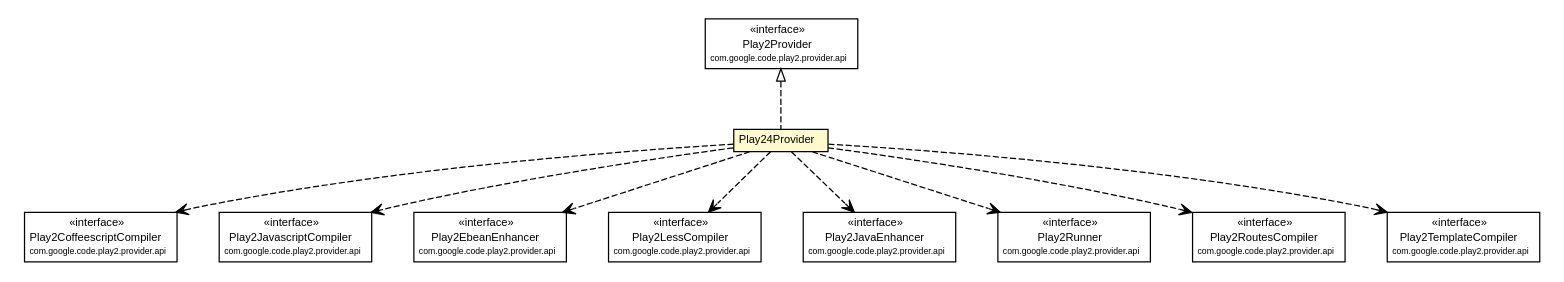
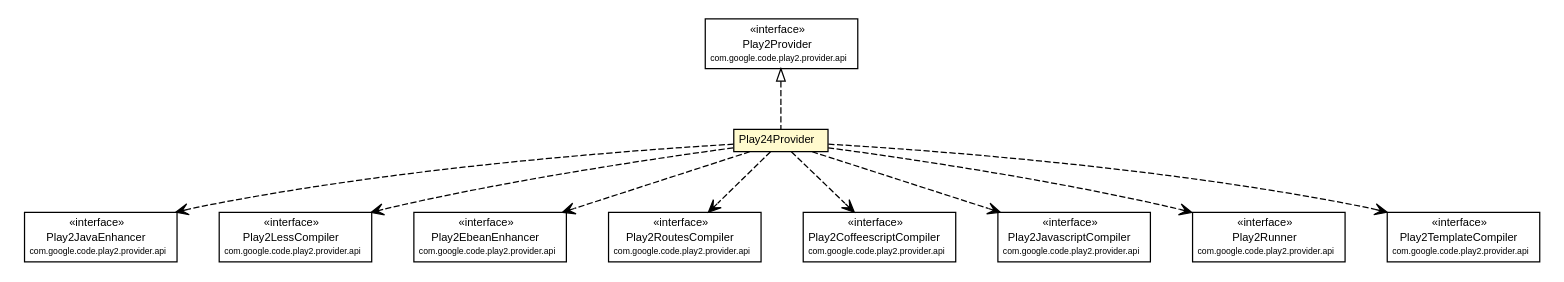
One commit to play2-maven-plugin/play2-maven-plugin.github.io changed the diagram in play2-maven-plugin/1.0.0-beta6-SNAPSHOT/play2-providers/play2-provider-play24/apidocs/com/google/code/play2/provider/play24/Play24Provider.dot. Above: the diagram before and after it, drawn with Graphviz. The commit also changed 439 other files, not shown here.

```diff
--- a/play2-maven-plugin/1.0.0-beta6-SNAPSHOT/play2-providers/play2-provider-play24/apidocs/com/google/code/play2/provider/play24/Play24Provider.dot
+++ b/play2-maven-plugin/1.0.0-beta6-SNAPSHOT/play2-providers/play2-provider-play24/apidocs/com/google/code/play2/provider/play24/Play24Provider.dot
@@ -1,108 +1,108 @@
 #!/usr/local/bin/dot
 #
 # Class diagram 
 # Generated by UMLGraph version R5_6-24-gf6e263 (http://www.umlgraph.org/)
 #
 
 digraph G {
 	edge [fontname="arial",fontsize=10,labelfontname="arial",labelfontsize=10];
 	node [fontname="arial",fontsize=10,shape=plaintext];
 	nodesep=0.25;
 	ranksep=0.5;
 	// com.google.code.play2.provider.play24.Play24Provider
 	c384 [label=<<table title="com.google.code.play2.provider.play24.Play24Provider" border="0" cellborder="1" cellspacing="0" cellpadding="2" port="p" bgcolor="lemonChiffon" href="./Play24Provider.html">
 		<tr><td><table border="0" cellspacing="0" cellpadding="1">
 <tr><td align="center" balign="center"> Play24Provider </td></tr>
 		</table></td></tr>
 		</table>>, URL="./Play24Provider.html", fontname="arial", fontcolor="black", fontsize=9.0];
 	//com.google.code.play2.provider.play24.Play24Provider implements com.google.code.play2.provider.api.Play2Provider
 	c401:p -> c384:p [dir=back,arrowtail=empty,style=dashed];
-	// com.google.code.play2.provider.play24.Play24Provider DEPEND com.google.code.play2.provider.api.Play2CoffeescriptCompiler
+	// com.google.code.play2.provider.play24.Play24Provider DEPEND com.google.code.play2.provider.api.Play2JavaEnhancer
 	c384:p -> c402:p [taillabel="", label="", headlabel="", fontname="arial", fontcolor="black", fontsize=10.0, color="black", arrowhead=open, style=dashed];
-	// com.google.code.play2.provider.play24.Play24Provider DEPEND com.google.code.play2.provider.api.Play2JavascriptCompiler
+	// com.google.code.play2.provider.play24.Play24Provider DEPEND com.google.code.play2.provider.api.Play2LessCompiler
 	c384:p -> c403:p [taillabel="", label="", headlabel="", fontname="arial", fontcolor="black", fontsize=10.0, color="black", arrowhead=open, style=dashed];
 	// com.google.code.play2.provider.play24.Play24Provider DEPEND com.google.code.play2.provider.api.Play2EbeanEnhancer
 	c384:p -> c404:p [taillabel="", label="", headlabel="", fontname="arial", fontcolor="black", fontsize=10.0, color="black", arrowhead=open, style=dashed];
-	// com.google.code.play2.provider.play24.Play24Provider DEPEND com.google.code.play2.provider.api.Play2LessCompiler
+	// com.google.code.play2.provider.play24.Play24Provider DEPEND com.google.code.play2.provider.api.Play2RoutesCompiler
 	c384:p -> c405:p [taillabel="", label="", headlabel="", fontname="arial", fontcolor="black", fontsize=10.0, color="black", arrowhead=open, style=dashed];
-	// com.google.code.play2.provider.play24.Play24Provider DEPEND com.google.code.play2.provider.api.Play2JavaEnhancer
+	// com.google.code.play2.provider.play24.Play24Provider DEPEND com.google.code.play2.provider.api.Play2CoffeescriptCompiler
 	c384:p -> c406:p [taillabel="", label="", headlabel="", fontname="arial", fontcolor="black", fontsize=10.0, color="black", arrowhead=open, style=dashed];
+	// com.google.code.play2.provider.play24.Play24Provider DEPEND com.google.code.play2.provider.api.Play2JavascriptCompiler
+	c384:p -> c407:p [taillabel="", label="", headlabel="", fontname="arial", fontcolor="black", fontsize=10.0, color="black", arrowhead=open, style=dashed];
 	// com.google.code.play2.provider.play24.Play24Provider DEPEND com.google.code.play2.provider.api.Play2Runner
-	c384:p -> c407:p [taillabel="", label="", headlabel="", fontname="arial", fontcolor="black", fontsize=10.0, color="black", arrowhead=open, style=dashed];
-	// com.google.code.play2.provider.play24.Play24Provider DEPEND com.google.code.play2.provider.api.Play2RoutesCompiler
 	c384:p -> c408:p [taillabel="", label="", headlabel="", fontname="arial", fontcolor="black", fontsize=10.0, color="black", arrowhead=open, style=dashed];
 	// com.google.code.play2.provider.play24.Play24Provider DEPEND com.google.code.play2.provider.api.Play2TemplateCompiler
 	c384:p -> c409:p [taillabel="", label="", headlabel="", fontname="arial", fontcolor="black", fontsize=10.0, color="black", arrowhead=open, style=dashed];
 	// com.google.code.play2.provider.api.Play2Provider
 	c401 [label=<<table title="com.google.code.play2.provider.api.Play2Provider" border="0" cellborder="1" cellspacing="0" cellpadding="2" port="p">
 		<tr><td><table border="0" cellspacing="0" cellpadding="1">
 <tr><td align="center" balign="center"> &#171;interface&#187; </td></tr>
 <tr><td align="center" balign="center"> Play2Provider </td></tr>
 <tr><td align="center" balign="center"><font point-size="7.0"> com.google.code.play2.provider.api </font></td></tr>
 		</table></td></tr>
 		</table>>, URL="null", fontname="arial", fontcolor="black", fontsize=9.0];
 	// com.google.code.play2.provider.api.Play2RoutesCompiler
-	c408 [label=<<table title="com.google.code.play2.provider.api.Play2RoutesCompiler" border="0" cellborder="1" cellspacing="0" cellpadding="2" port="p">
+	c405 [label=<<table title="com.google.code.play2.provider.api.Play2RoutesCompiler" border="0" cellborder="1" cellspacing="0" cellpadding="2" port="p">
 		<tr><td><table border="0" cellspacing="0" cellpadding="1">
 <tr><td align="center" balign="center"> &#171;interface&#187; </td></tr>
 <tr><td align="center" balign="center"> Play2RoutesCompiler </td></tr>
 <tr><td align="center" balign="center"><font point-size="7.0"> com.google.code.play2.provider.api </font></td></tr>
 		</table></td></tr>
 		</table>>, URL="null", fontname="arial", fontcolor="black", fontsize=9.0];
 	// com.google.code.play2.provider.api.Play2LessCompiler
-	c405 [label=<<table title="com.google.code.play2.provider.api.Play2LessCompiler" border="0" cellborder="1" cellspacing="0" cellpadding="2" port="p">
+	c403 [label=<<table title="com.google.code.play2.provider.api.Play2LessCompiler" border="0" cellborder="1" cellspacing="0" cellpadding="2" port="p">
 		<tr><td><table border="0" cellspacing="0" cellpadding="1">
 <tr><td align="center" balign="center"> &#171;interface&#187; </td></tr>
 <tr><td align="center" balign="center"> Play2LessCompiler </td></tr>
 <tr><td align="center" balign="center"><font point-size="7.0"> com.google.code.play2.provider.api </font></td></tr>
 		</table></td></tr>
 		</table>>, URL="null", fontname="arial", fontcolor="black", fontsize=9.0];
 	// com.google.code.play2.provider.api.Play2CoffeescriptCompiler
-	c402 [label=<<table title="com.google.code.play2.provider.api.Play2CoffeescriptCompiler" border="0" cellborder="1" cellspacing="0" cellpadding="2" port="p">
+	c406 [label=<<table title="com.google.code.play2.provider.api.Play2CoffeescriptCompiler" border="0" cellborder="1" cellspacing="0" cellpadding="2" port="p">
 		<tr><td><table border="0" cellspacing="0" cellpadding="1">
 <tr><td align="center" balign="center"> &#171;interface&#187; </td></tr>
 <tr><td align="center" balign="center"> Play2CoffeescriptCompiler </td></tr>
 <tr><td align="center" balign="center"><font point-size="7.0"> com.google.code.play2.provider.api </font></td></tr>
 		</table></td></tr>
 		</table>>, URL="null", fontname="arial", fontcolor="black", fontsize=9.0];
 	// com.google.code.play2.provider.api.Play2JavaEnhancer
-	c406 [label=<<table title="com.google.code.play2.provider.api.Play2JavaEnhancer" border="0" cellborder="1" cellspacing="0" cellpadding="2" port="p">
+	c402 [label=<<table title="com.google.code.play2.provider.api.Play2JavaEnhancer" border="0" cellborder="1" cellspacing="0" cellpadding="2" port="p">
 		<tr><td><table border="0" cellspacing="0" cellpadding="1">
 <tr><td align="center" balign="center"> &#171;interface&#187; </td></tr>
 <tr><td align="center" balign="center"> Play2JavaEnhancer </td></tr>
 <tr><td align="center" balign="center"><font point-size="7.0"> com.google.code.play2.provider.api </font></td></tr>
 		</table></td></tr>
 		</table>>, URL="null", fontname="arial", fontcolor="black", fontsize=9.0];
 	// com.google.code.play2.provider.api.Play2TemplateCompiler
 	c409 [label=<<table title="com.google.code.play2.provider.api.Play2TemplateCompiler" border="0" cellborder="1" cellspacing="0" cellpadding="2" port="p">
 		<tr><td><table border="0" cellspacing="0" cellpadding="1">
 <tr><td align="center" balign="center"> &#171;interface&#187; </td></tr>
 <tr><td align="center" balign="center"> Play2TemplateCompiler </td></tr>
 <tr><td align="center" balign="center"><font point-size="7.0"> com.google.code.play2.provider.api </font></td></tr>
 		</table></td></tr>
 		</table>>, URL="null", fontname="arial", fontcolor="black", fontsize=9.0];
 	// com.google.code.play2.provider.api.Play2EbeanEnhancer
 	c404 [label=<<table title="com.google.code.play2.provider.api.Play2EbeanEnhancer" border="0" cellborder="1" cellspacing="0" cellpadding="2" port="p">
 		<tr><td><table border="0" cellspacing="0" cellpadding="1">
 <tr><td align="center" balign="center"> &#171;interface&#187; </td></tr>
 <tr><td align="center" balign="center"> Play2EbeanEnhancer </td></tr>
 <tr><td align="center" balign="center"><font point-size="7.0"> com.google.code.play2.provider.api </font></td></tr>
 		</table></td></tr>
 		</table>>, URL="null", fontname="arial", fontcolor="black", fontsize=9.0];
 	// com.google.code.play2.provider.api.Play2JavascriptCompiler
-	c403 [label=<<table title="com.google.code.play2.provider.api.Play2JavascriptCompiler" border="0" cellborder="1" cellspacing="0" cellpadding="2" port="p">
+	c407 [label=<<table title="com.google.code.play2.provider.api.Play2JavascriptCompiler" border="0" cellborder="1" cellspacing="0" cellpadding="2" port="p">
 		<tr><td><table border="0" cellspacing="0" cellpadding="1">
 <tr><td align="center" balign="center"> &#171;interface&#187; </td></tr>
 <tr><td align="center" balign="center"> Play2JavascriptCompiler </td></tr>
 <tr><td align="center" balign="center"><font point-size="7.0"> com.google.code.play2.provider.api </font></td></tr>
 		</table></td></tr>
 		</table>>, URL="null", fontname="arial", fontcolor="black", fontsize=9.0];
 	// com.google.code.play2.provider.api.Play2Runner
-	c407 [label=<<table title="com.google.code.play2.provider.api.Play2Runner" border="0" cellborder="1" cellspacing="0" cellpadding="2" port="p">
+	c408 [label=<<table title="com.google.code.play2.provider.api.Play2Runner" border="0" cellborder="1" cellspacing="0" cellpadding="2" port="p">
 		<tr><td><table border="0" cellspacing="0" cellpadding="1">
 <tr><td align="center" balign="center"> &#171;interface&#187; </td></tr>
 <tr><td align="center" balign="center"> Play2Runner </td></tr>
 <tr><td align="center" balign="center"><font point-size="7.0"> com.google.code.play2.provider.api </font></td></tr>
 		</table></td></tr>
 		</table>>, URL="null", fontname="arial", fontcolor="black", fontsize=9.0];
 }
```
